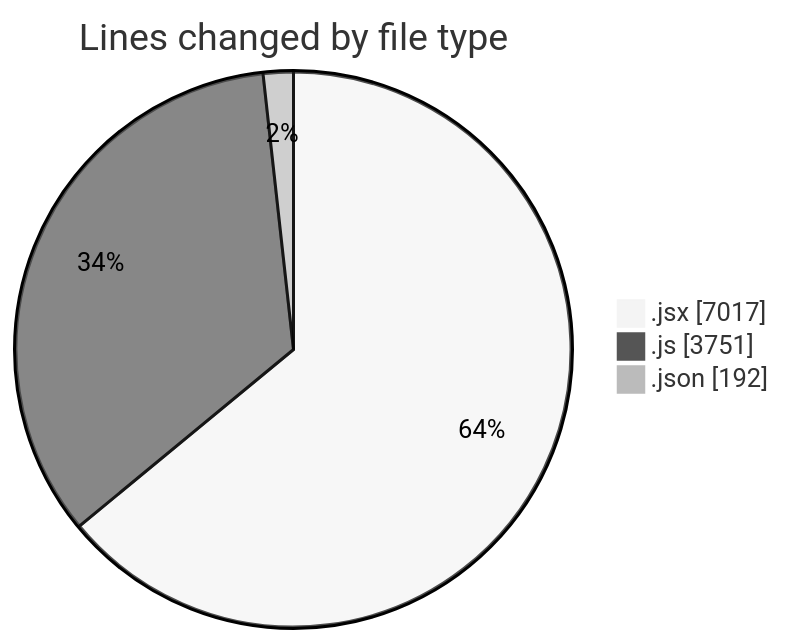
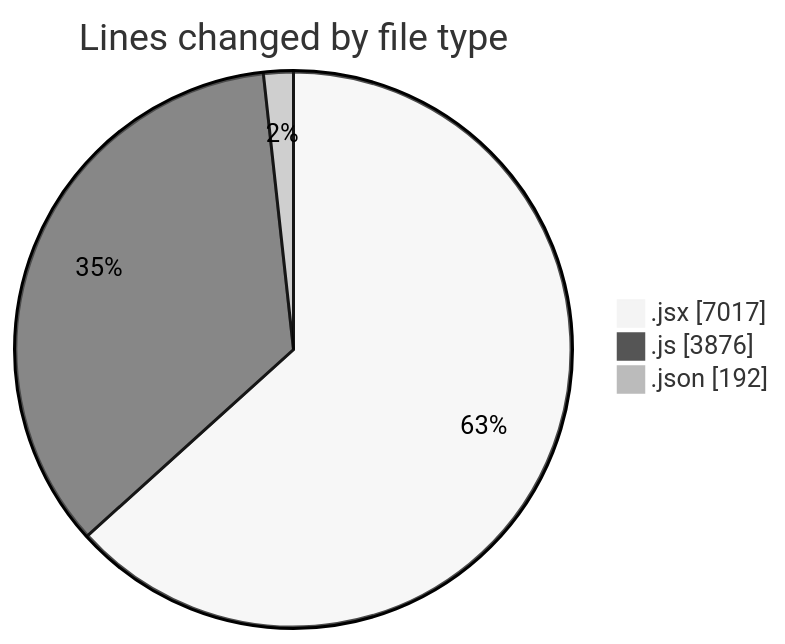
Before and after one commit to nxtqubesakshisongat/code-tracking: the first of 2 diagrams in 2025-08-06/nxtqube_webapp/README.md, drawn with Mermaid (neutral theme). The commit also changed other lines of this file and 1 other file, not shown here.

````diff
--- a/2025-08-06/nxtqube_webapp/README.md
+++ b/2025-08-06/nxtqube_webapp/README.md
@@ -31,7 +31,7 @@
 ```mermaid
 pie showData
 title Lines changed by file type
 ".jsx" : 7017
-".js" : 3751
+".js" : 3876
 ".json" : 192
 ```
````
